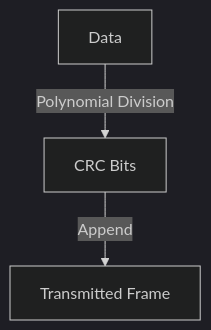
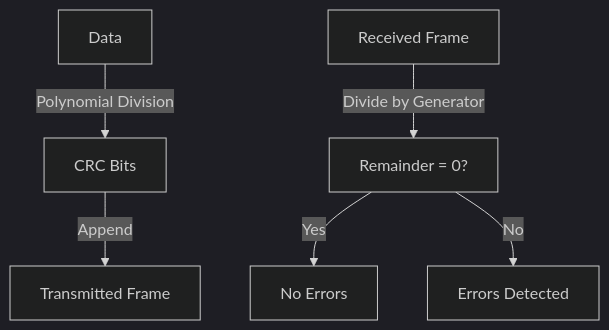
Before and after one commit to Attash2312/cntheory: the diagram in ch6/6.2_Error_Detection_Correction.md, drawn with Mermaid (dark theme). The commit also changed other lines of this file and 79 other files, not shown here.

````diff
--- a/ch6/6.2_Error_Detection_Correction.md
+++ b/ch6/6.2_Error_Detection_Correction.md
@@ -32,5 +108,8 @@
 ```mermaid
 graph TD
   A[Data] -- Polynomial Division --> B[CRC Bits]
   B -- Append --> C[Transmitted Frame]
+  D[Received Frame] -- Divide by Generator --> E[Remainder = 0?]
+  E -- Yes --> F[No Errors]
+  E -- No --> G[Errors Detected]
 ```
````
